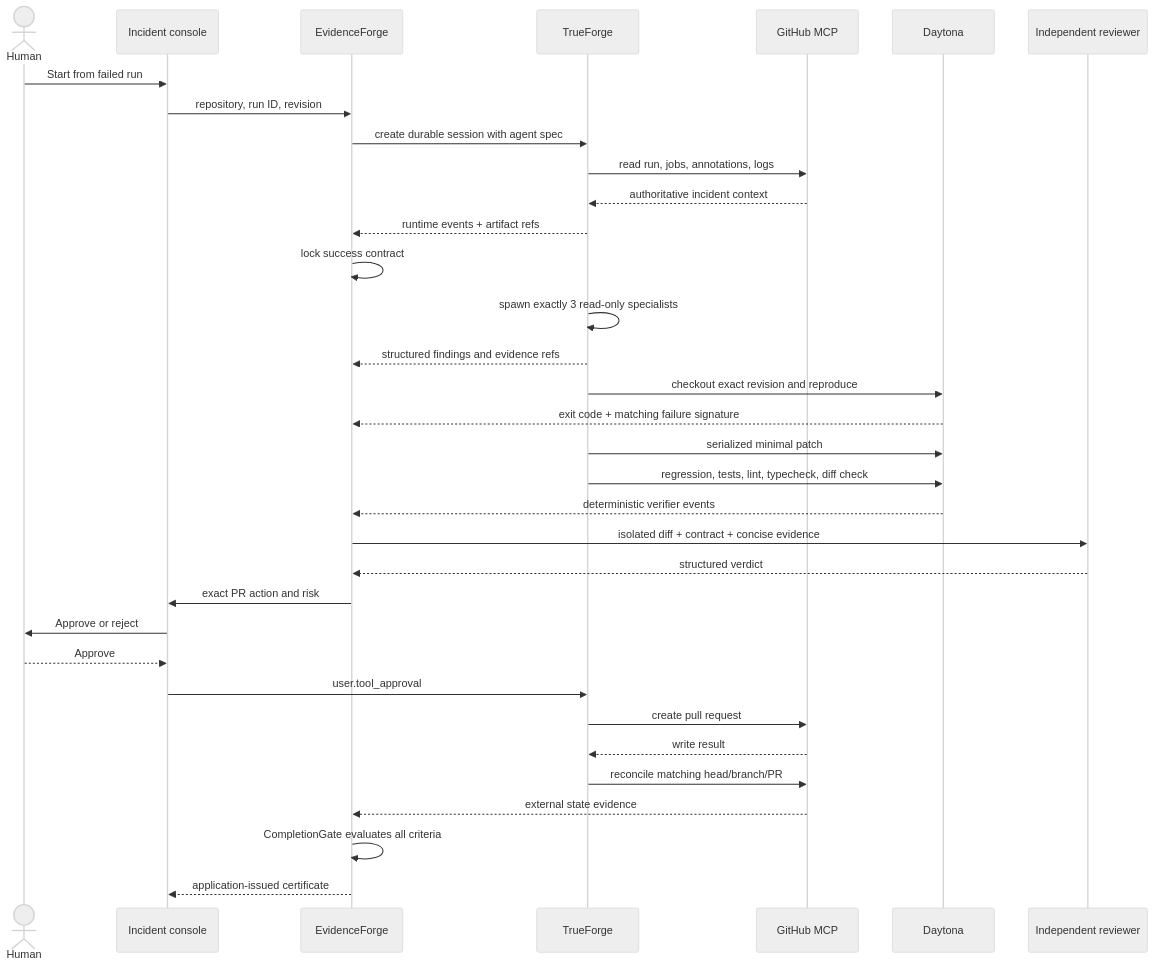
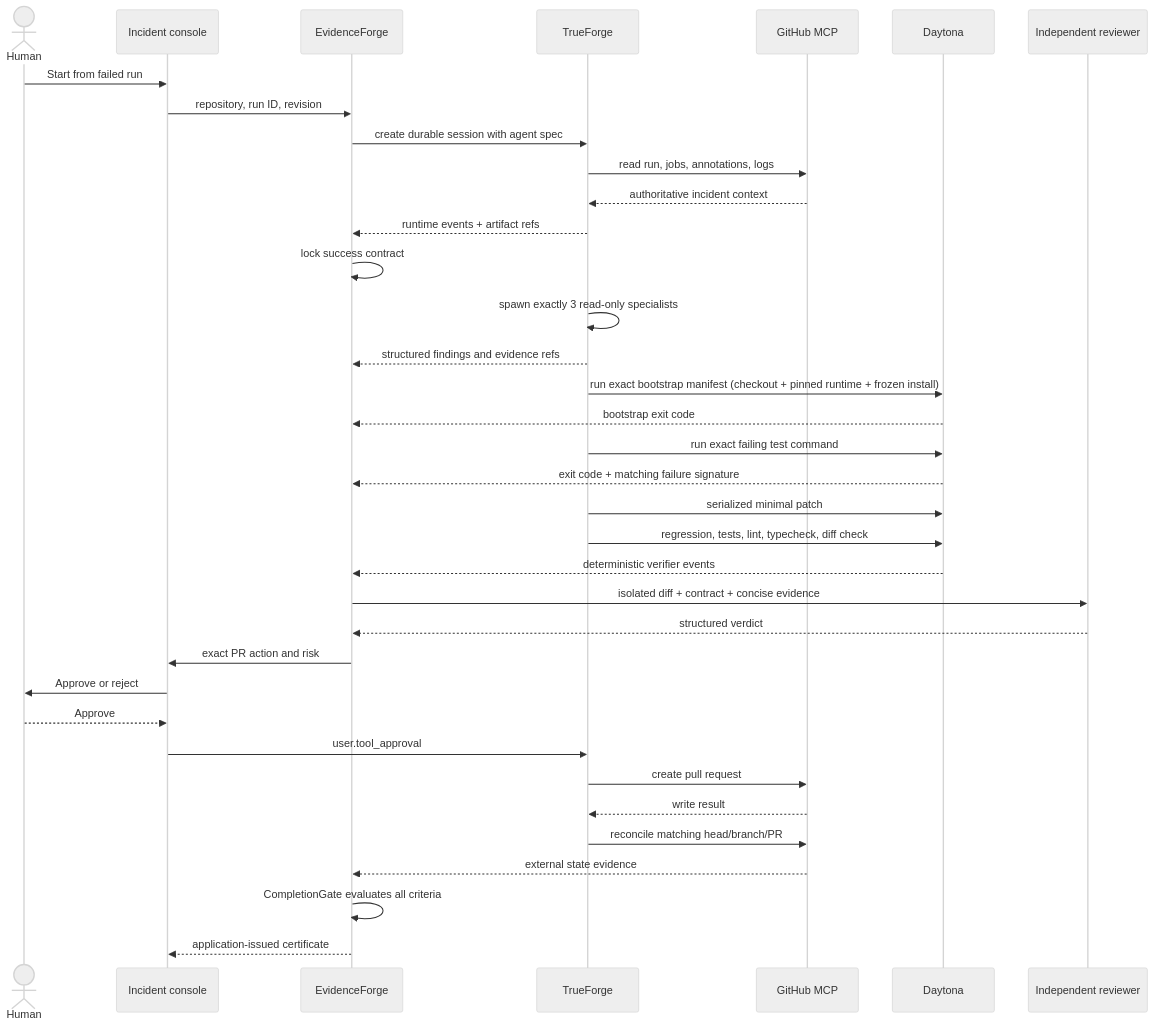
The second of 4 diagrams in docs/ARCHITECTURE.md (cmdr-chara/evidenceforge), drawn with Mermaid (neutral theme) before and after one commit. The commit also changed 6 other files, not shown here.

Commit message:
fix(trueforge): bootstrap exact live revision in Daytona

````diff
--- a/docs/ARCHITECTURE.md
+++ b/docs/ARCHITECTURE.md
@@ -66,37 +66,39 @@
 ```mermaid
 sequenceDiagram
     actor Human
     participant UI as Incident console
     participant EF as EvidenceForge
     participant TF as TrueForge
     participant GH as GitHub MCP
     participant DT as Daytona
     participant R as Independent reviewer
 
     Human->>UI: Start from failed run
     UI->>EF: repository, run ID, revision
     EF->>TF: create durable session with agent spec
     TF->>GH: read run, jobs, annotations, logs
     GH-->>TF: authoritative incident context
     TF-->>EF: runtime events + artifact refs
     EF->>EF: lock success contract
     TF->>TF: spawn exactly 3 read-only specialists
     TF-->>EF: structured findings and evidence refs
-    TF->>DT: checkout exact revision and reproduce
+    TF->>DT: run exact bootstrap manifest (checkout + pinned runtime + frozen install)
+    DT-->>EF: bootstrap exit code
+    TF->>DT: run exact failing test command
     DT-->>EF: exit code + matching failure signature
     TF->>DT: serialized minimal patch
     TF->>DT: regression, tests, lint, typecheck, diff check
     DT-->>EF: deterministic verifier events
     EF->>R: isolated diff + contract + concise evidence
     R-->>EF: structured verdict
     EF->>UI: exact PR action and risk
     UI->>Human: Approve or reject
     Human-->>UI: Approve
     UI->>TF: user.tool_approval
     TF->>GH: create pull request
     GH-->>TF: write result
     TF->>GH: reconcile matching head/branch/PR
     GH-->>EF: external state evidence
     EF->>EF: CompletionGate evaluates all criteria
     EF-->>UI: application-issued certificate
 ```
````
